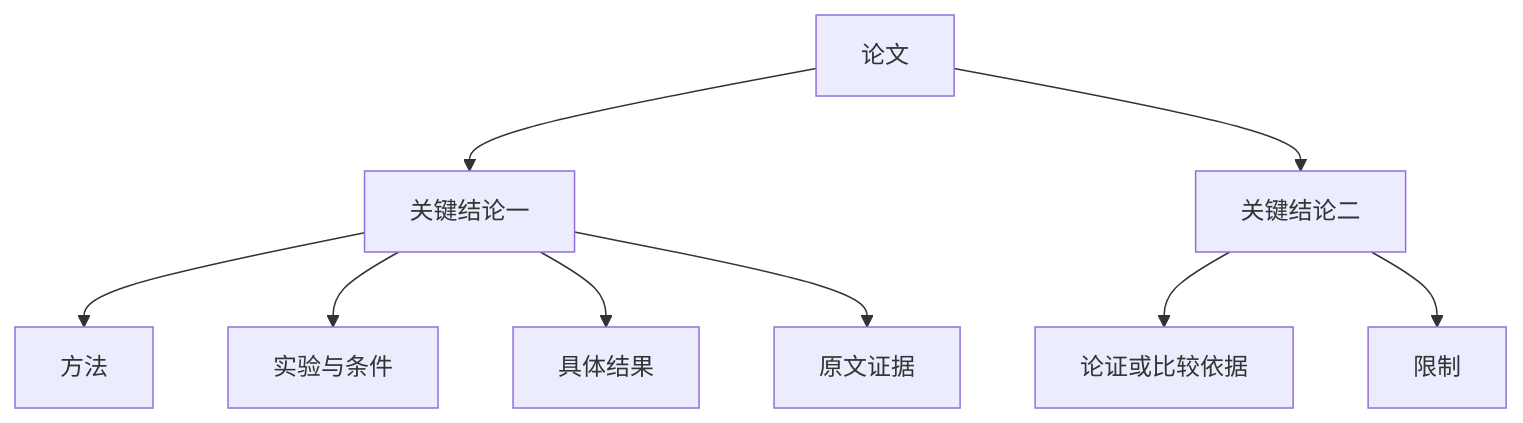
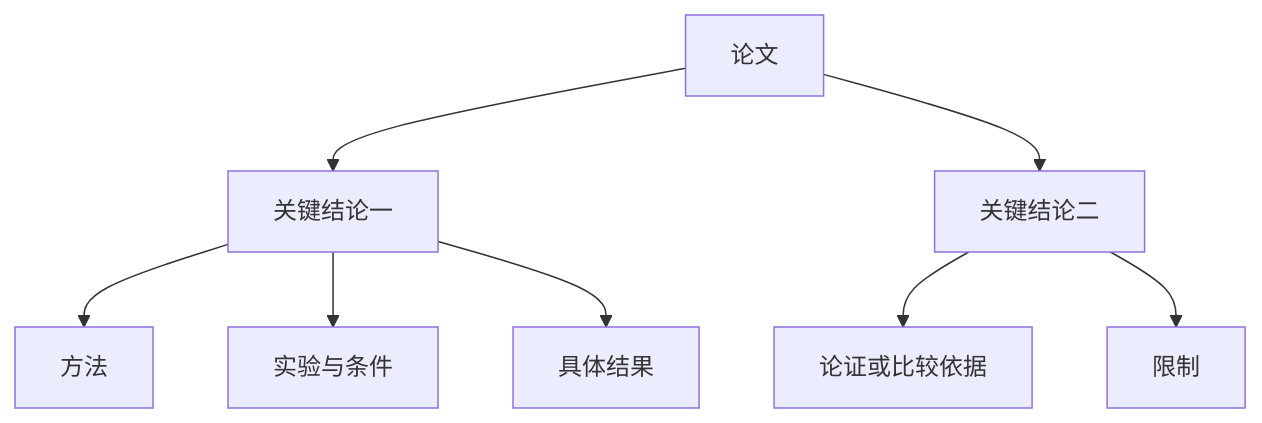
One commit to KLucen/ResearchGraphStudio changed the diagram in docs/04_graph_interaction_spec.md. Above: the diagram before and after it, drawn with Mermaid. The commit also changed other lines of this file and 139 other files, not shown here.

````diff
--- a/docs/04_graph_interaction_spec.md
+++ b/docs/04_graph_interaction_spec.md
@@ -9,11 +7,10 @@
 ```mermaid
 graph TD
     P[论文] --> C1[关键结论一]
     P --> C2[关键结论二]
     C1 --> M[方法]
     C1 --> X[实验与条件]
     C1 --> F[具体结果]
-    C1 --> E[原文证据]
     C2 --> A[论证或比较依据]
     C2 --> L[限制]
 ```
````
